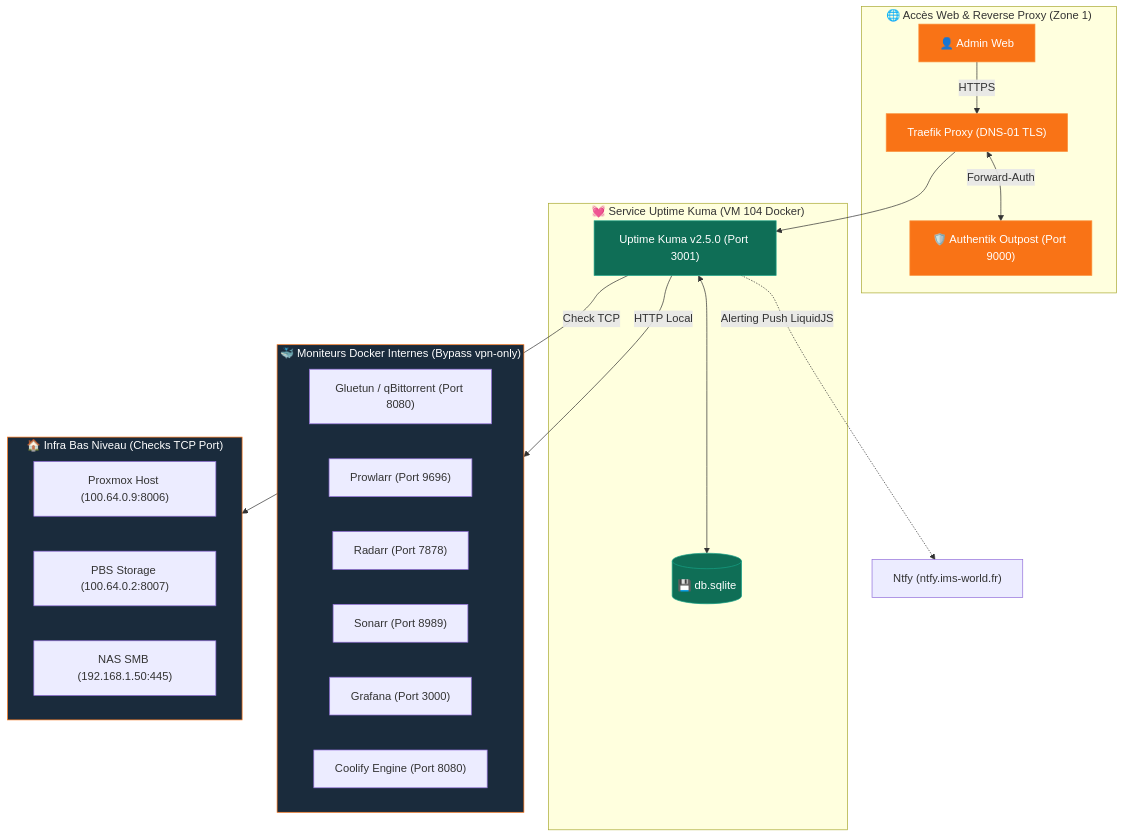
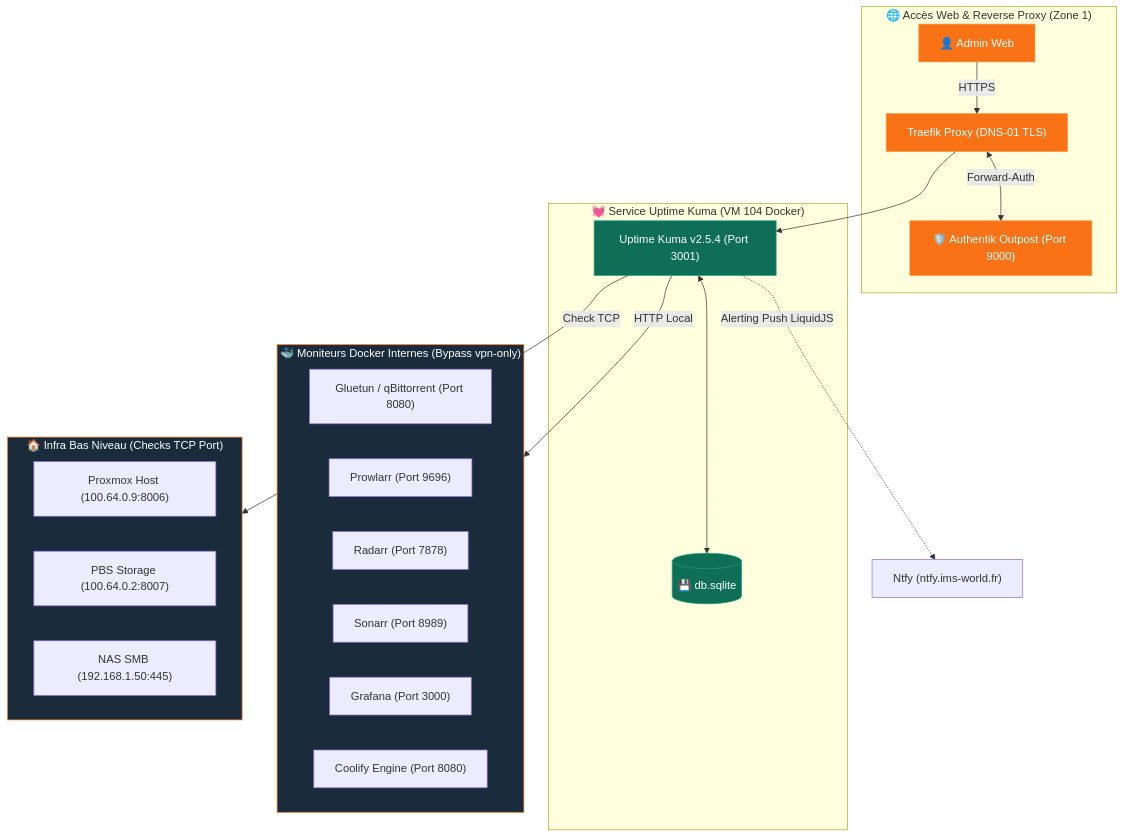
The diagram in services/uptime-kuma.md (ims-world/docs), drawn with Mermaid before and after one commit. The commit also changed other lines of this file and 5 other files, not shown here.

Commit message:
docs: mise a jour des versions applicatives (Headscale, Headplane, Immich, Uptime Kuma, Ntfy, Dozzle, CrowdSec)

````diff
--- a/services/uptime-kuma.md
+++ b/services/uptime-kuma.md
@@ -63,44 +63,44 @@
 ```mermaid
 graph TB
     subgraph INGRESS ["🌐 Accès Web & Reverse Proxy (Zone 1)"]
         ADMIN_USER["👤 Admin Web"]
         TRAEFIK["Traefik Proxy (DNS-01 TLS)"]
         OUTPOST["🛡️ Authentik Outpost (Port 9000)"]
     end
 
     subgraph KUMA_CONTAINER ["💓 Service Uptime Kuma (VM 104 Docker)"]
-        KUMA["Uptime Kuma v2.5.0 (Port 3001)"]
+        KUMA["Uptime Kuma v2.5.4 (Port 3001)"]
         DB[("💾 db.sqlite")]
     end
 
     subgraph DOCKER_INTERNAL ["🐳 Moniteurs Docker Internes (Bypass vpn-only)"]
         GLUETUN["Gluetun / qBittorrent (Port 8080)"]
         PROWLARR["Prowlarr (Port 9696)"]
         RADARR["Radarr (Port 7878)"]
         SONARR["Sonarr (Port 8989)"]
         GRAFANA["Grafana (Port 3000)"]
         COOLIFY["Coolify Engine (Port 8080)"]
     end
 
     subgraph INFRA_TCP ["🏠 Infra Bas Niveau (Checks TCP Port)"]
         PVE["Proxmox Host (100.64.0.9:8006)"]
         PBS["PBS Storage (100.64.0.2:8007)"]
         NAS["NAS SMB (192.168.1.50:445)"]
     end
 
     ADMIN_USER -->|HTTPS| TRAEFIK
     TRAEFIK <-->|Forward-Auth| OUTPOST
     TRAEFIK --> KUMA
     KUMA <--> DB
 
     KUMA -->|HTTP Local| DOCKER_INTERNAL
     KUMA -->|Check TCP| INFRA_TCP
     KUMA -.->|Alerting Push LiquidJS| NTFY["Ntfy (ntfy.ims-world.fr)"]
 
     classDef web fill:#F97316,stroke:#FB923C,color:#fff;
     classDef kuma fill:#0F6E56,stroke:#16A085,color:#fff;
     classDef docker fill:#1a2b3c,stroke:#F97316,color:#fff;
     class ADMIN_USER,TRAEFIK,OUTPOST web;
     class KUMA,DB kuma;
     class DOCKER_INTERNAL,INFRA_TCP docker;
 ```
````
